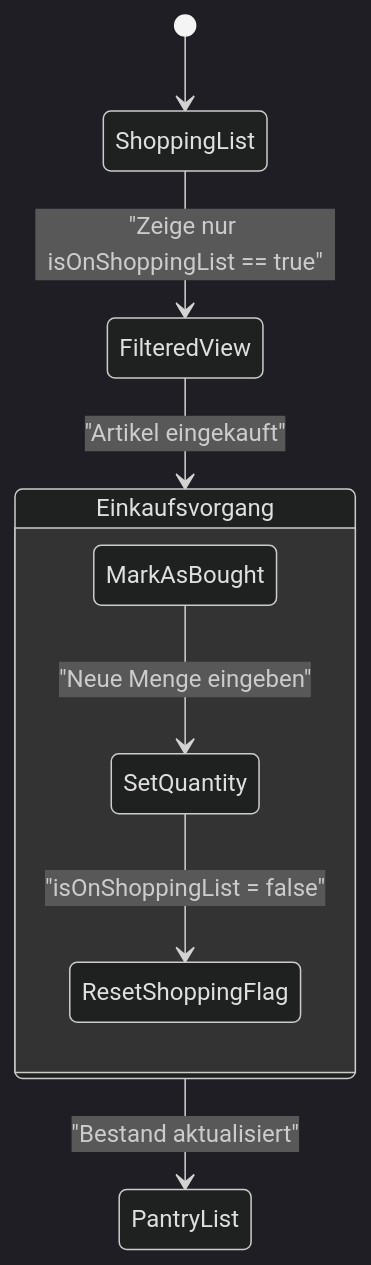
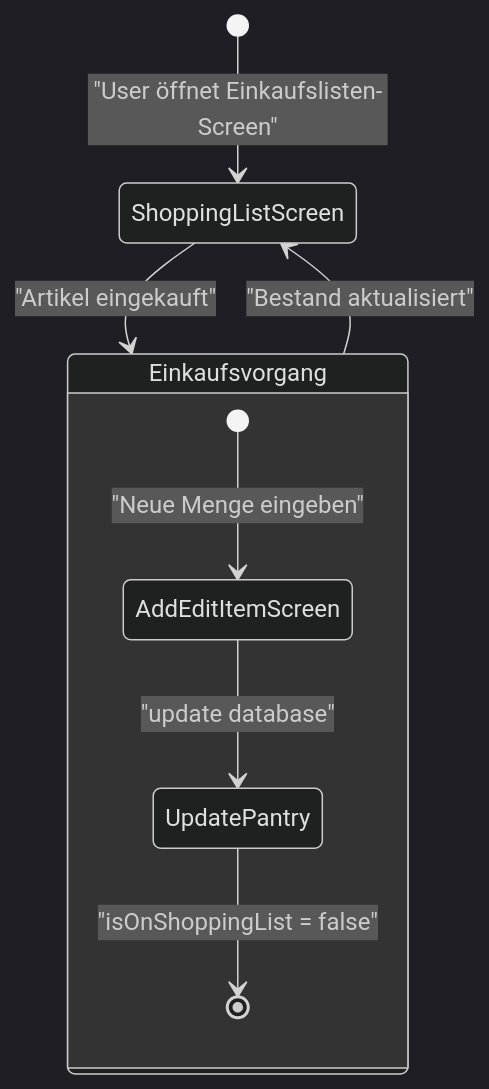
The diagram in doc/UpdateShoppingList.mermaid (Kimudai94/Pantry-App), drawn with Mermaid (dark theme) before and after one commit. The commit also changed 7 other files, not shown here.

Commit message:
Add project diagrams

```diff
--- a/doc/UpdateShoppingList.mermaid
+++ b/doc/UpdateShoppingList.mermaid
@@ -1,11 +1,11 @@
 stateDiagram-v2
-    [*] --> ShoppingList
-    ShoppingList --> FilteredView: "Zeige nur isOnShoppingList == true"
-    FilteredView --> Shopping: "Artikel eingekauft"
+    [*] --> ShoppingListScreen: "User öffnet Einkaufslisten-Screen"
+    ShoppingListScreen --> Shopping: "Artikel eingekauft"
 
     state "Einkaufsvorgang" as Shopping {
-        MarkAsBought --> SetQuantity: "Neue Menge eingeben"
-        SetQuantity --> ResetShoppingFlag: "isOnShoppingList = false"
+        [*] --> AddEditItemScreen: "Neue Menge eingeben"
+        AddEditItemScreen --> UpdatePantry: "update database"
+        UpdatePantry --> [*]: "isOnShoppingList = false"
     }
 
-    Shopping --> PantryList: "Bestand aktualisiert"
+    Shopping --> ShoppingListScreen: "Bestand aktualisiert"
```
